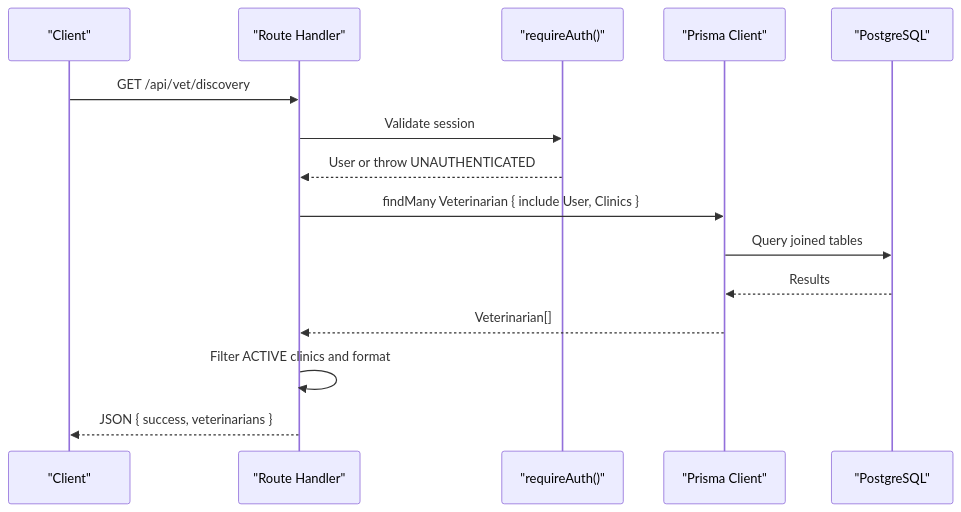
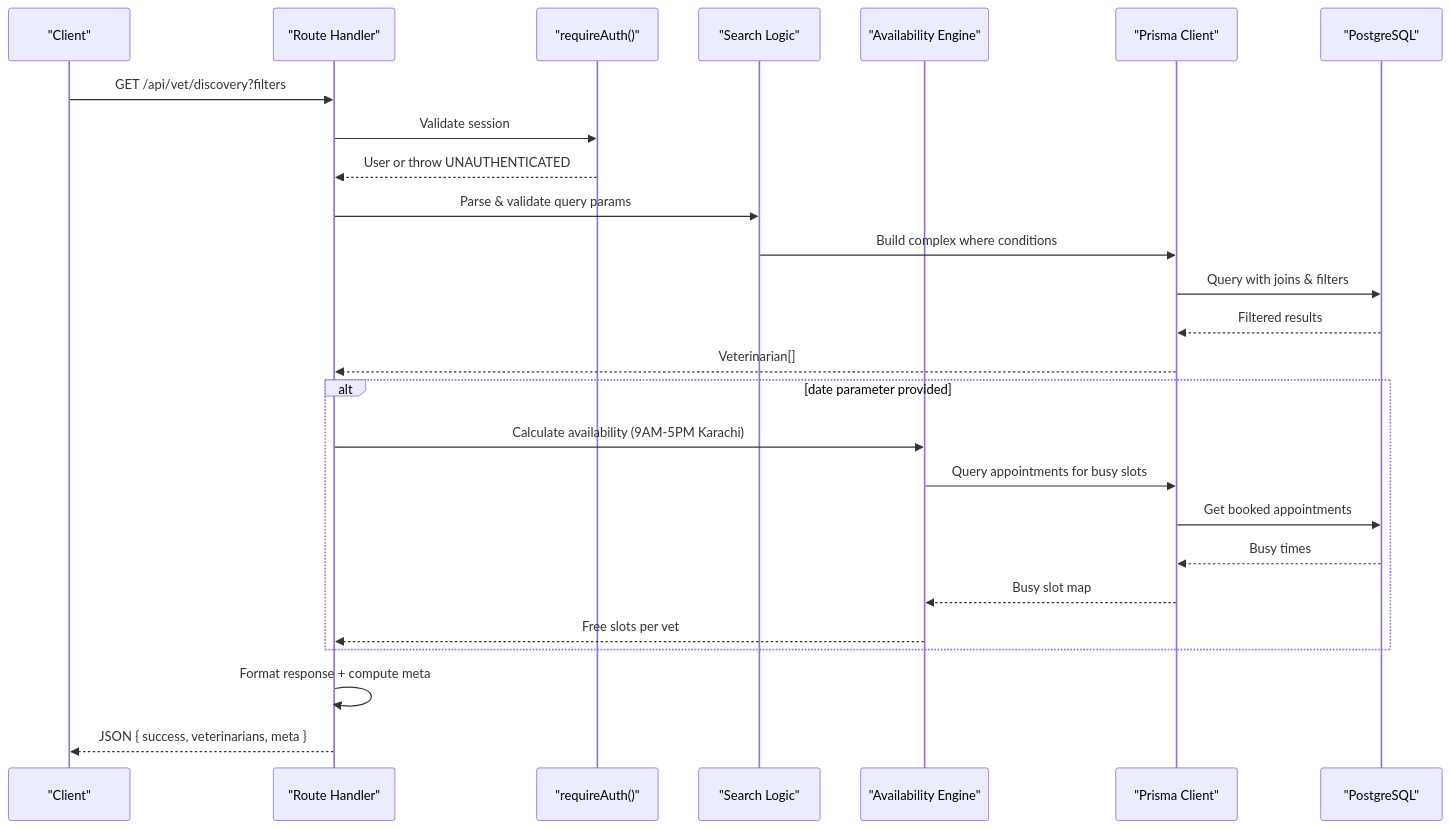
The second of 4 diagrams in .qoder/repowiki/en/content/API Reference/Veterinary Tools API/Veterinarian Discovery API.md (Javeria-Javaid/ai-powered-pet-healthcare-ecosystem), drawn with Mermaid before and after one commit. The commit also changed other lines of this file and 48 other files, not shown here.

Commit message:
Update Pet Health Summary and Veterinarian Discovery APIs documentation

````diff
--- a/.qoder/repowiki/en/content/API Reference/Veterinary Tools API/Veterinarian Discovery API.md
+++ b/.qoder/repowiki/en/content/API Reference/Veterinary Tools API/Veterinarian Discovery API.md
@@ -71,17 +88,28 @@
 ```mermaid
 sequenceDiagram
 participant C as "Client"
 participant R as "Route Handler"
 participant A as "requireAuth()"
+participant S as "Search Logic"
+participant V as "Availability Engine"
 participant P as "Prisma Client"
 participant D as "PostgreSQL"
-C->>R : GET /api/vet/discovery
+C->>R : GET /api/vet/discovery?filters
 R->>A : Validate session
 A-->>R : User or throw UNAUTHENTICATED
-R->>P : findMany Veterinarian { include User, Clinics }
-P->>D : Query joined tables
-D-->>P : Results
+R->>S : Parse & validate query params
+S->>P : Build complex where conditions
+P->>D : Query with joins & filters
+D-->>P : Filtered results
 P-->>R : Veterinarian[]
-R->>R : Filter ACTIVE clinics and format
-R-->>C : JSON { success, veterinarians }
+alt date parameter provided
+R->>V : Calculate availability (9AM-5PM Karachi)
+V->>P : Query appointments for busy slots
+P->>D : Get booked appointments
+D-->>P : Busy times
+P-->>V : Busy slot map
+V-->>R : Free slots per vet
+end
+R->>R : Format response + compute meta
+R-->>C : JSON { success, veterinarians, meta }
 ```
````
